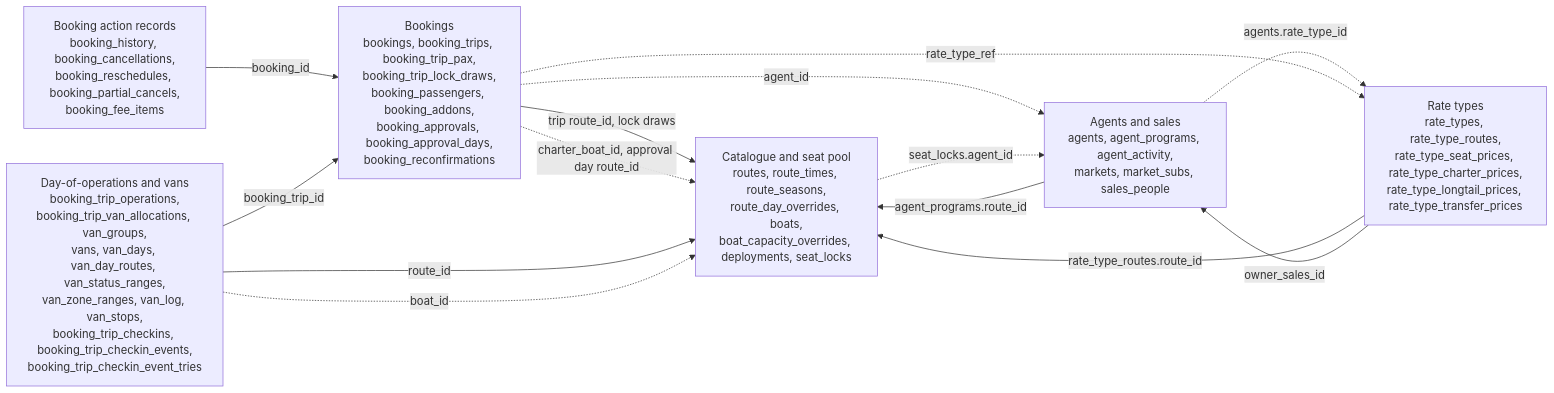
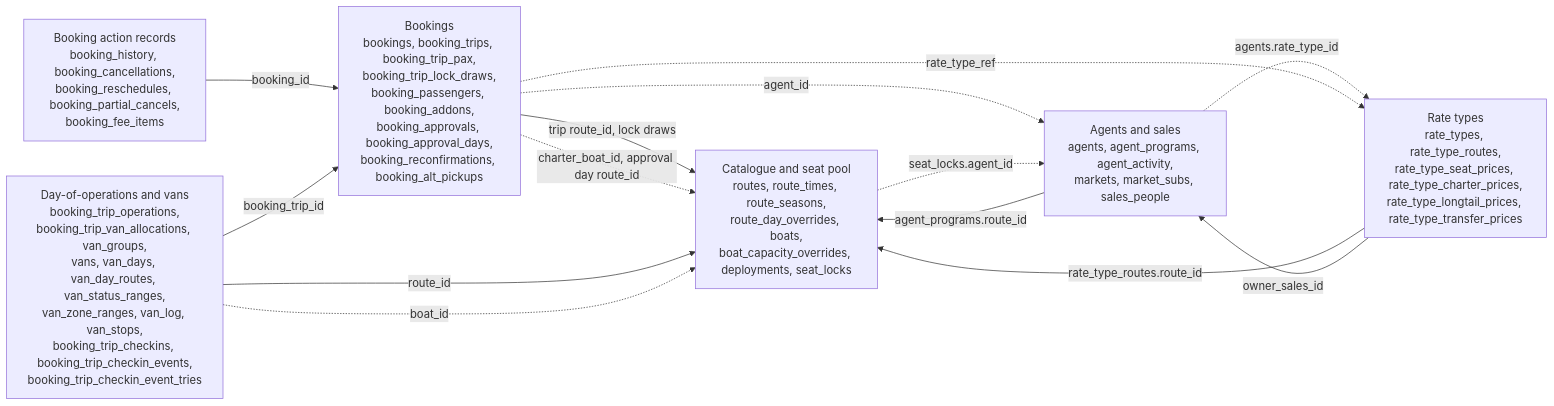
One commit to TheTaTha5/operation_backend changed the first of 7 diagrams in docs/schema.md. Above: the diagram before and after it, drawn with Mermaid. The commit also changed 10 other files, not shown here.

````diff
--- a/docs/schema.md
+++ b/docs/schema.md
@@ -28,23 +28,23 @@
 ```mermaid
 flowchart LR
   catalogue["Catalogue and seat pool<br/>routes, route_times, route_seasons,<br/>route_day_overrides, boats,<br/>boat_capacity_overrides, deployments, seat_locks"]
-  bookings["Bookings<br/>bookings, booking_trips, booking_trip_pax,<br/>booking_trip_lock_draws,<br/>booking_passengers, booking_addons,<br/>booking_approvals, booking_approval_days,<br/>booking_reconfirmations"]
+  bookings["Bookings<br/>bookings, booking_trips, booking_trip_pax,<br/>booking_trip_lock_draws,<br/>booking_passengers, booking_addons,<br/>booking_approvals, booking_approval_days,<br/>booking_reconfirmations, booking_alt_pickups"]
   actions["Booking action records<br/>booking_history, booking_cancellations,<br/>booking_reschedules, booking_partial_cancels,<br/>booking_fee_items"]
   ops["Day-of-operations and vans<br/>booking_trip_operations,<br/>booking_trip_van_allocations, van_groups,<br/>vans, van_days, van_day_routes, van_status_ranges,<br/>van_zone_ranges, van_log, van_stops,<br/>booking_trip_checkins, booking_trip_checkin_events,<br/>booking_trip_checkin_event_tries"]
   sales["Agents and sales<br/>agents, agent_programs, agent_activity,<br/>markets, market_subs, sales_people"]
   rates["Rate types<br/>rate_types, rate_type_routes,<br/>rate_type_seat_prices, rate_type_charter_prices,<br/>rate_type_longtail_prices, rate_type_transfer_prices"]
 
   bookings -- "trip route_id, lock draws" --> catalogue
   bookings -. "charter_boat_id, approval day route_id" .-> catalogue
   actions -- "booking_id" --> bookings
   ops -- "booking_trip_id" --> bookings
   ops -- "route_id" --> catalogue
   ops -. "boat_id" .-> catalogue
   sales -- "agent_programs.route_id" --> catalogue
   bookings -. "agent_id" .-> sales
   catalogue -. "seat_locks.agent_id" .-> sales
   rates -- "rate_type_routes.route_id" --> catalogue
   rates -- "owner_sales_id" --> sales
   sales -. "agents.rate_type_id" .-> rates
   bookings -. "rate_type_ref" .-> rates
 ```
````
